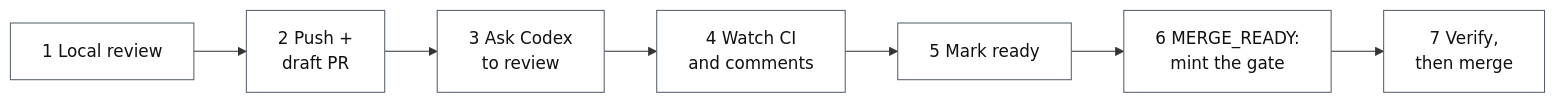
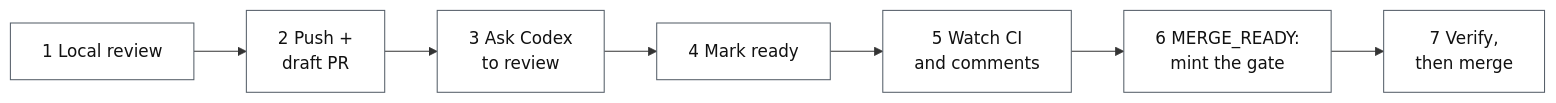
Before and after one commit to fengjiachun/review-bridge: the first of 2 diagrams in docs/review-flow.md, drawn with Mermaid. The commit also changed other lines of this file and 4 other files, not shown here.

````diff
--- a/docs/review-flow.md
+++ b/docs/review-flow.md
@@ -35,11 +35,11 @@
 ```mermaid
 flowchart LR
   A["1 Local review"] --> B["2 Push +<br/>draft PR"]
   B --> C["3 Ask Codex<br/>to review"]
-  C --> D["4 Watch CI<br/>and comments"]
-  D --> E["5 Mark ready"]
+  C --> D["4 Mark ready"]
+  D --> E["5 Watch CI<br/>and comments"]
   E --> F["6 MERGE_READY:<br/>mint the gate"]
   F --> G["7 Verify,<br/>then merge"]
   classDef n fill:#ffffff,stroke:#57606a,stroke-width:1px,color:#111111;
   class A,B,C,D,E,F,G n;
 ```
````
